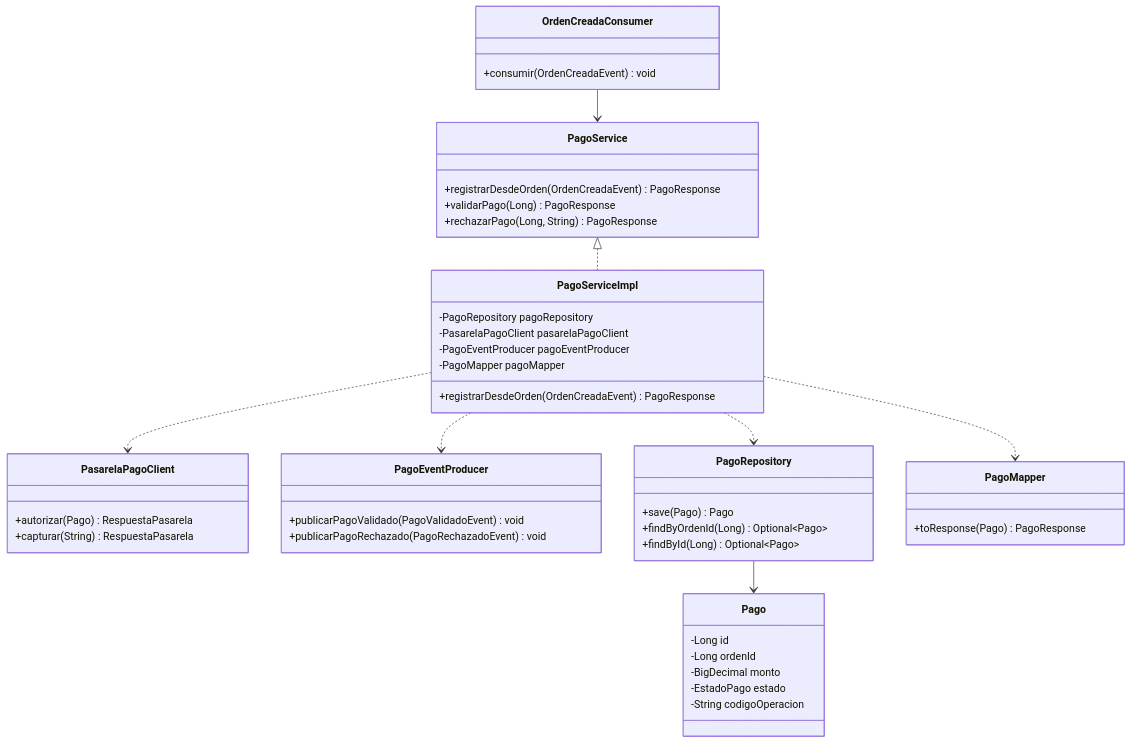
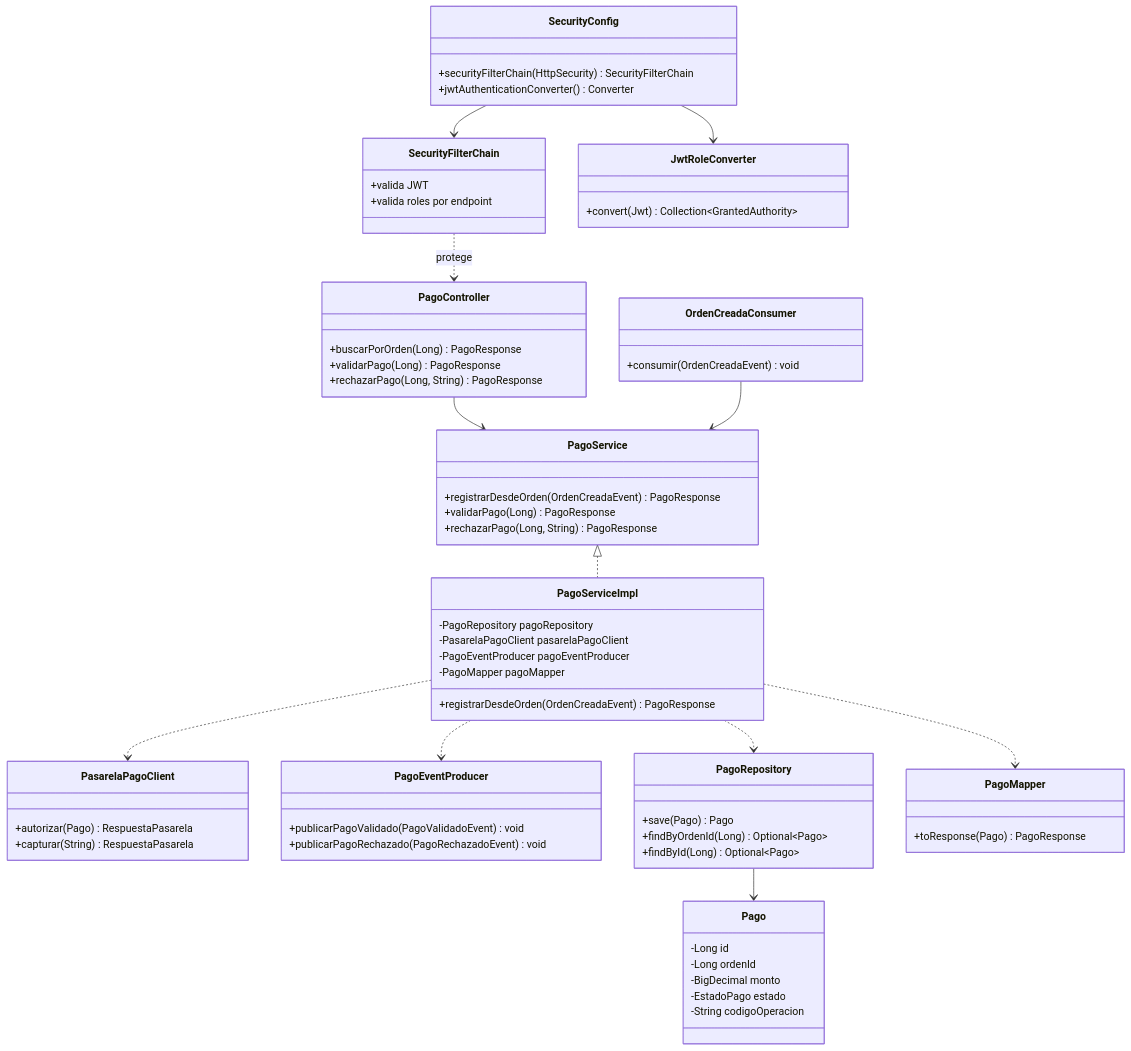
The ninth of 10 diagrams in README.md (262dist/pagatu), drawn with Mermaid before and after one commit. The commit also changed other lines of this file, not shown here.

````diff
--- a/README.md
+++ b/README.md
@@ -392,56 +448,80 @@
 ```mermaid
 classDiagram
+    class SecurityConfig {
+        +securityFilterChain(HttpSecurity) SecurityFilterChain
+        +jwtAuthenticationConverter() Converter
+    }
+
+    class SecurityFilterChain {
+        +valida JWT
+        +valida roles por endpoint
+    }
+
+    class JwtRoleConverter {
+        +convert(Jwt) Collection~GrantedAuthority~
+    }
+
+    class PagoController {
+        +buscarPorOrden(Long) PagoResponse
+        +validarPago(Long) PagoResponse
+        +rechazarPago(Long, String) PagoResponse
+    }
+
     class OrdenCreadaConsumer {
         +consumir(OrdenCreadaEvent) void
     }
 
     class PagoService {
         +registrarDesdeOrden(OrdenCreadaEvent) PagoResponse
         +validarPago(Long) PagoResponse
         +rechazarPago(Long, String) PagoResponse
     }
 
     class PagoServiceImpl {
         -PagoRepository pagoRepository
         -PasarelaPagoClient pasarelaPagoClient
         -PagoEventProducer pagoEventProducer
         -PagoMapper pagoMapper
         +registrarDesdeOrden(OrdenCreadaEvent) PagoResponse
     }
 
     class PasarelaPagoClient {
         +autorizar(Pago) RespuestaPasarela
         +capturar(String) RespuestaPasarela
     }
 
     class PagoEventProducer {
         +publicarPagoValidado(PagoValidadoEvent) void
         +publicarPagoRechazado(PagoRechazadoEvent) void
     }
 
     class PagoRepository {
         +save(Pago) Pago
         +findByOrdenId(Long) Optional~Pago~
         +findById(Long) Optional~Pago~
     }
 
     class PagoMapper {
         +toResponse(Pago) PagoResponse
     }
 
     class Pago {
         -Long id
         -Long ordenId
         -BigDecimal monto
         -EstadoPago estado
         -String codigoOperacion
     }
 
+    SecurityConfig --> SecurityFilterChain
+    SecurityConfig --> JwtRoleConverter
+    SecurityFilterChain ..> PagoController : protege
+    PagoController --> PagoService
     OrdenCreadaConsumer --> PagoService
     PagoService <|.. PagoServiceImpl
     PagoServiceImpl ..> PagoRepository
     PagoServiceImpl ..> PasarelaPagoClient
     PagoServiceImpl ..> PagoEventProducer
     PagoServiceImpl ..> PagoMapper
     PagoRepository --> Pago
 ```
````
